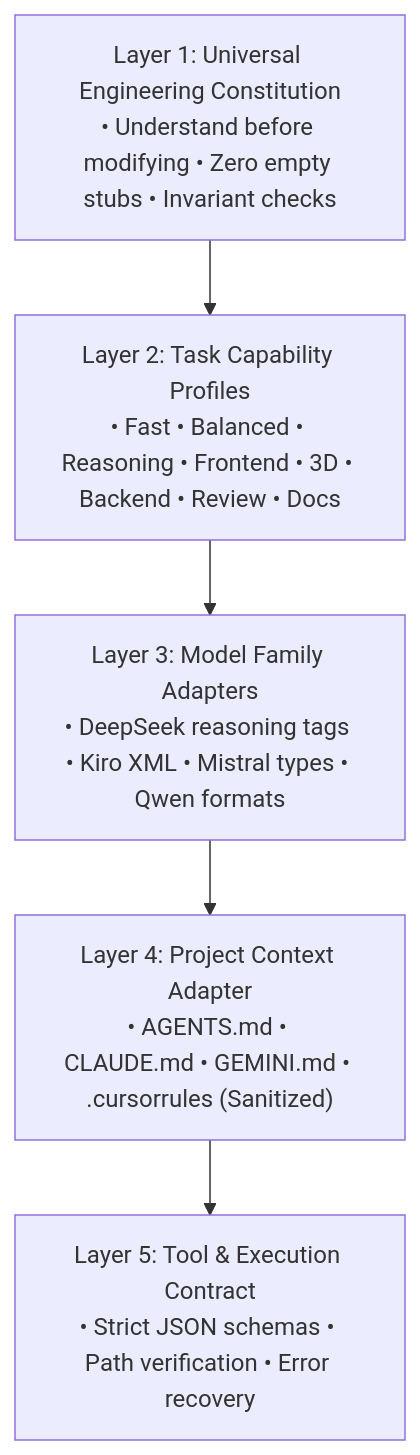
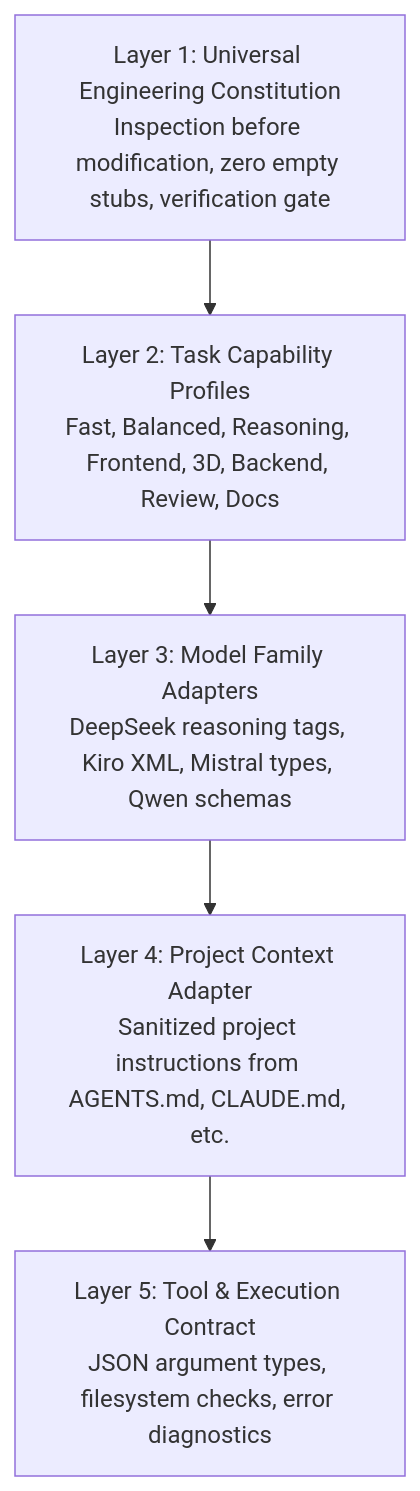
The second of 3 diagrams in README.md (mahik504/limitless-claude), drawn with Mermaid before and after one commit. The commit also changed other lines of this file and 2 other files, not shown here.

````diff
--- a/README.md
+++ b/README.md
@@ -147,8 +92,8 @@
 ```mermaid
 flowchart TD
-    L1["Layer 1: Universal Engineering Constitution<br/>• Understand before modifying • Zero empty stubs • Invariant checks"] --> L2
-    L2["Layer 2: Task Capability Profiles<br/>• Fast • Balanced • Reasoning • Frontend • 3D • Backend • Review • Docs"] --> L3
-    L3["Layer 3: Model Family Adapters<br/>• DeepSeek reasoning tags • Kiro XML • Mistral types • Qwen formats"] --> L4
-    L4["Layer 4: Project Context Adapter<br/>• AGENTS.md • CLAUDE.md • GEMINI.md • .cursorrules (Sanitized)"] --> L5
-    L5["Layer 5: Tool & Execution Contract<br/>• Strict JSON schemas • Path verification • Error recovery"]
+    L1["Layer 1: Universal Engineering Constitution<br/>Inspection before modification, zero empty stubs, verification gate"] --> L2
+    L2["Layer 2: Task Capability Profiles<br/>Fast, Balanced, Reasoning, Frontend, 3D, Backend, Review, Docs"] --> L3
+    L3["Layer 3: Model Family Adapters<br/>DeepSeek reasoning tags, Kiro XML, Mistral types, Qwen schemas"] --> L4
+    L4["Layer 4: Project Context Adapter<br/>Sanitized project instructions from AGENTS.md, CLAUDE.md, etc."] --> L5
+    L5["Layer 5: Tool & Execution Contract<br/>JSON argument types, filesystem checks, error diagnostics"]
 ```
````
